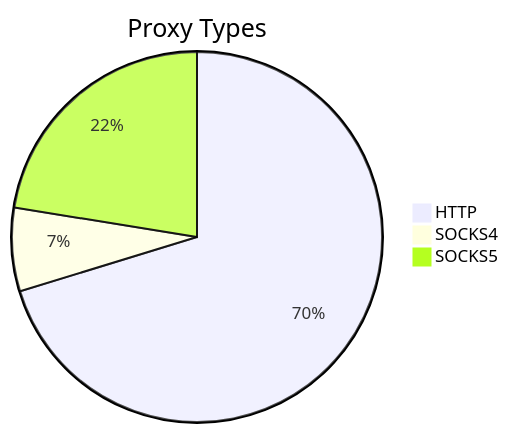
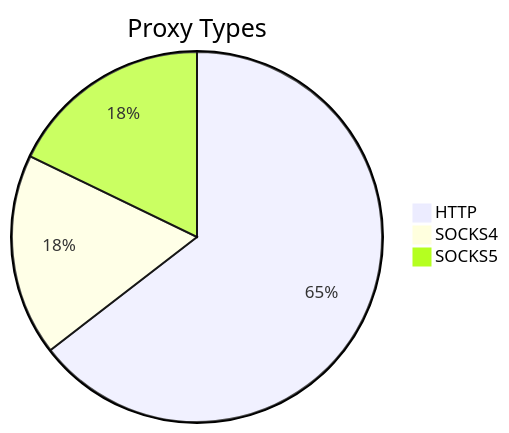
The first of 2 diagrams in README.md (stormsia/proxy-list), drawn with Mermaid before and after one commit. The commit also changed other lines of this file, not shown here.

````diff
--- a/README.md
+++ b/README.md
@@ -21,6 +21,6 @@
 ```mermaid
 pie title Proxy Types
-    "HTTP" : 241
-    "SOCKS4" : 25
-    "SOCKS5" : 77
+    "HTTP" : 333
+    "SOCKS4" : 91
+    "SOCKS5" : 92
 ```
````
